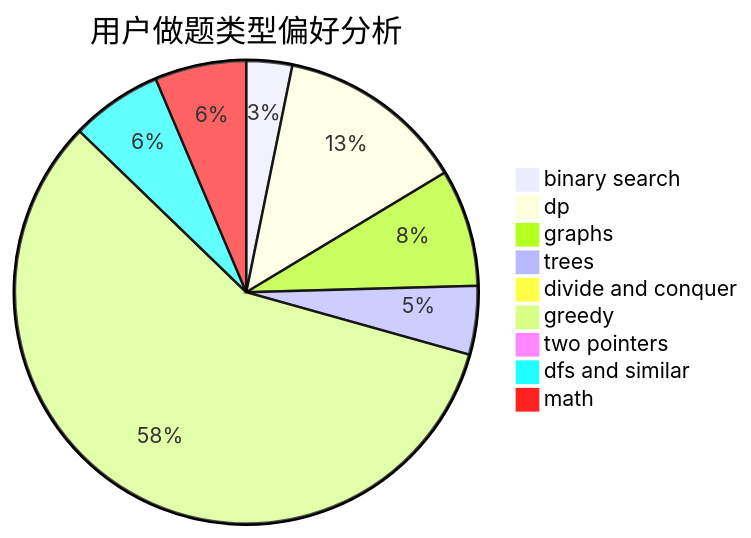
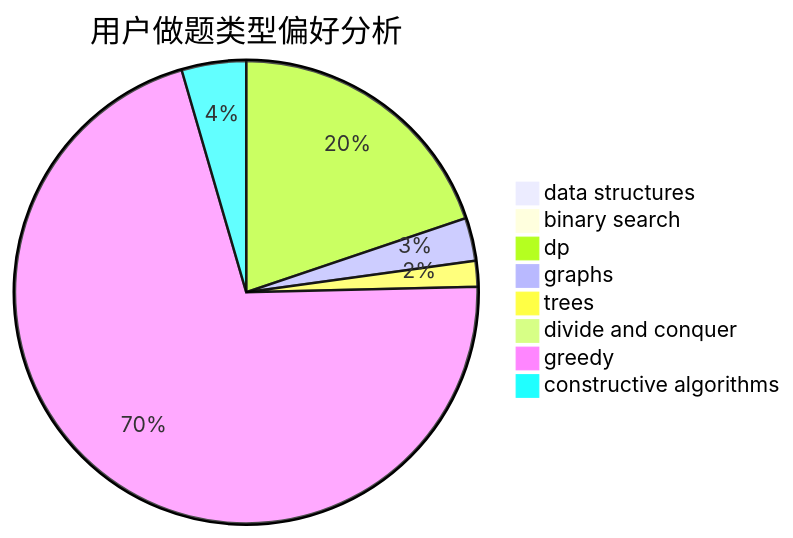
The second of 3 diagrams in docs/user/u2249.md (sherpahu/cfrs.github.io), drawn with Mermaid before and after one commit. The commit also changed other lines of this file and 2775 other files, not shown here.

````diff
--- a/docs/user/u2249.md
+++ b/docs/user/u2249.md
@@ -23,12 +23,11 @@
 ```mermaid
 pie title 用户做题类型偏好分析
-    "binary search" :  16
+    "data structures" :  1
+    "binary search" :  3
     "dp" :  66
-    "graphs" :  41
-    "trees" :  24
+    "graphs" :  10
+    "trees" :  6
     "divide and conquer" :  0
-    "greedy" :  290
-    "two pointers" :  1
-    "dfs and similar" :  32
-    "math" :  32
+    "greedy" :  236
+    "constructive algorithms" :  15
 ```
````
